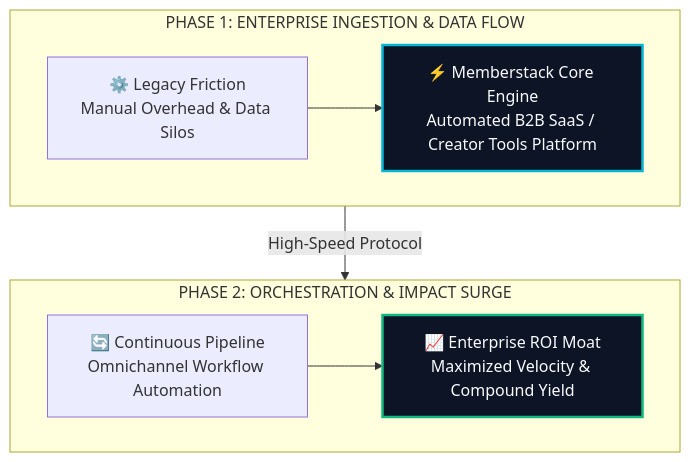
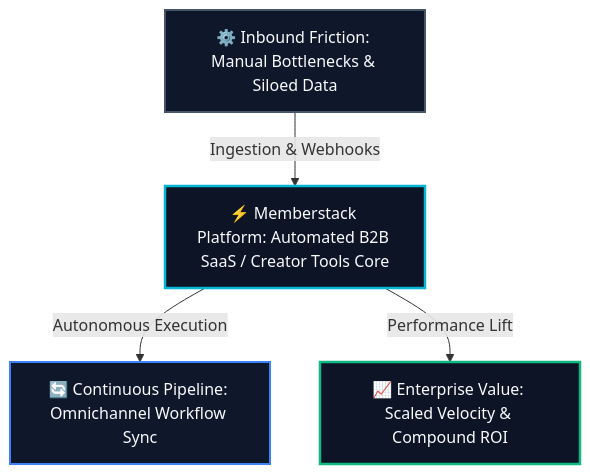
Before and after one commit to heliatech-media/saas-radar: the diagram in site/src/content/blog/memberstack-evolution-guide-2026.md, drawn with Mermaid. The commit also changed 93 other files, not shown here.

First line of the commit message:
fix(diagrams): resolve dagre-d3 subgraph collision by migrating to balanced 3-tier Hub & Spoke architecture

````diff
--- a/site/src/content/blog/memberstack-evolution-guide-2026.md
+++ b/site/src/content/blog/memberstack-evolution-guide-2026.md
@@ -56,14 +56,14 @@
 ```mermaid
 flowchart TD
-    subgraph S1["PHASE 1: ENTERPRISE INGESTION & DATA FLOW"]
-        direction LR
-        A["⚙️ Legacy Friction<br/>Manual Overhead & Data Silos"] --> B["⚡ Memberstack Core Engine<br/>Automated B2B SaaS / Creator Tools Platform"]
-    end
-    subgraph S2["PHASE 2: ORCHESTRATION & IMPACT SURGE"]
-        direction LR
-        C["🔄 Continuous Pipeline<br/>Omnichannel Workflow Automation"] --> D["📈 Enterprise ROI Moat<br/>Maximized Velocity & Compound Yield"]
-    end
-    S1 -->|High-Speed Protocol| S2
-    style B fill:#0c1425,stroke:#06b6d4,stroke-width:2.5px,color:#f8fafc
-    style D fill:#0c1425,stroke:#10b981,stroke-width:2.5px,color:#f8fafc
+    Inp["⚙️ Inbound Friction: Manual Bottlenecks & Siloed Data"]
+    Eng["⚡ Memberstack Platform: Automated B2B SaaS / Creator Tools Core"]
+    Out1["🔄 Continuous Pipeline: Omnichannel Workflow Sync"]
+    Out2["📈 Enterprise Value: Scaled Velocity & Compound ROI"]
+    Inp -->|Ingestion & Webhooks| Eng
+    Eng -->|Autonomous Execution| Out1
+    Eng -->|Performance Lift| Out2
+    style Inp fill:#0f172a,stroke:#475569,stroke-width:2px,color:#f8fafc
+    style Eng fill:#0c1425,stroke:#06b6d4,stroke-width:2.5px,color:#f8fafc
+    style Out1 fill:#0f172a,stroke:#3b82f6,stroke-width:2px,color:#f8fafc
+    style Out2 fill:#0c1425,stroke:#10b981,stroke-width:2.5px,color:#f8fafc
 ```
````
